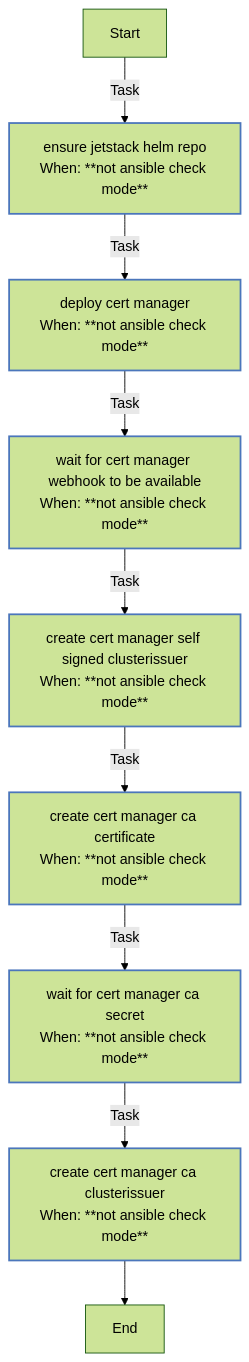
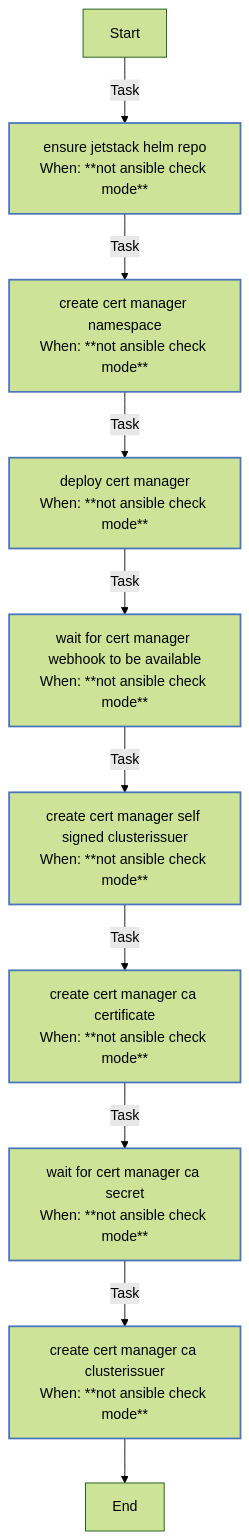
Before and after one commit to rou-cru/k3s-homelab: the second of 2 diagrams in roles/cert_manager/README.md, drawn with Mermaid (forest theme). The commit also changed other lines of this file and 42 other files, not shown here.

Commit message:
feat(platform): refresh argocd cert-manager gateway and external-secrets

````diff
--- a/roles/cert_manager/README.md
+++ b/roles/cert_manager/README.md
@@ -172,21 +167,22 @@
 ```mermaid
 flowchart TD
 Start
 classDef block stroke:#3498db,stroke-width:2px;
 classDef task stroke:#4b76bb,stroke-width:2px;
 classDef includeTasks stroke:#16a085,stroke-width:2px;
 classDef importTasks stroke:#34495e,stroke-width:2px;
 classDef includeRole stroke:#2980b9,stroke-width:2px;
 classDef importRole stroke:#699ba7,stroke-width:2px;
 classDef includeVars stroke:#8e44ad,stroke-width:2px;
 classDef rescue stroke:#665352,stroke-width:2px;
 
   Start-->|Task| Ensure_Jetstack_Helm_repo0[ensure jetstack helm repo<br>When: **not ansible check mode**]:::task
-  Ensure_Jetstack_Helm_repo0-->|Task| Deploy_cert_manager1[deploy cert manager<br>When: **not ansible check mode**]:::task
-  Deploy_cert_manager1-->|Task| Wait_for_cert_manager_webhook_to_be_available2[wait for cert manager webhook to be available<br>When: **not ansible check mode**]:::task
-  Wait_for_cert_manager_webhook_to_be_available2-->|Task| Create_cert_manager_self_signed_ClusterIssuer3[create cert manager self signed clusterissuer<br>When: **not ansible check mode**]:::task
-  Create_cert_manager_self_signed_ClusterIssuer3-->|Task| Create_cert_manager_CA_certificate4[create cert manager ca certificate<br>When: **not ansible check mode**]:::task
-  Create_cert_manager_CA_certificate4-->|Task| Wait_for_cert_manager_CA_secret5[wait for cert manager ca secret<br>When: **not ansible check mode**]:::task
-  Wait_for_cert_manager_CA_secret5-->|Task| Create_cert_manager_CA_ClusterIssuer6[create cert manager ca clusterissuer<br>When: **not ansible check mode**]:::task
-  Create_cert_manager_CA_ClusterIssuer6-->End
+  Ensure_Jetstack_Helm_repo0-->|Task| Create_cert_manager_namespace1[create cert manager namespace<br>When: **not ansible check mode**]:::task
+  Create_cert_manager_namespace1-->|Task| Deploy_cert_manager2[deploy cert manager<br>When: **not ansible check mode**]:::task
+  Deploy_cert_manager2-->|Task| Wait_for_cert_manager_webhook_to_be_available3[wait for cert manager webhook to be available<br>When: **not ansible check mode**]:::task
+  Wait_for_cert_manager_webhook_to_be_available3-->|Task| Create_cert_manager_self_signed_ClusterIssuer4[create cert manager self signed clusterissuer<br>When: **not ansible check mode**]:::task
+  Create_cert_manager_self_signed_ClusterIssuer4-->|Task| Create_cert_manager_CA_certificate5[create cert manager ca certificate<br>When: **not ansible check mode**]:::task
+  Create_cert_manager_CA_certificate5-->|Task| Wait_for_cert_manager_CA_secret6[wait for cert manager ca secret<br>When: **not ansible check mode**]:::task
+  Wait_for_cert_manager_CA_secret6-->|Task| Create_cert_manager_CA_ClusterIssuer7[create cert manager ca clusterissuer<br>When: **not ansible check mode**]:::task
+  Create_cert_manager_CA_ClusterIssuer7-->End
 ```
````
